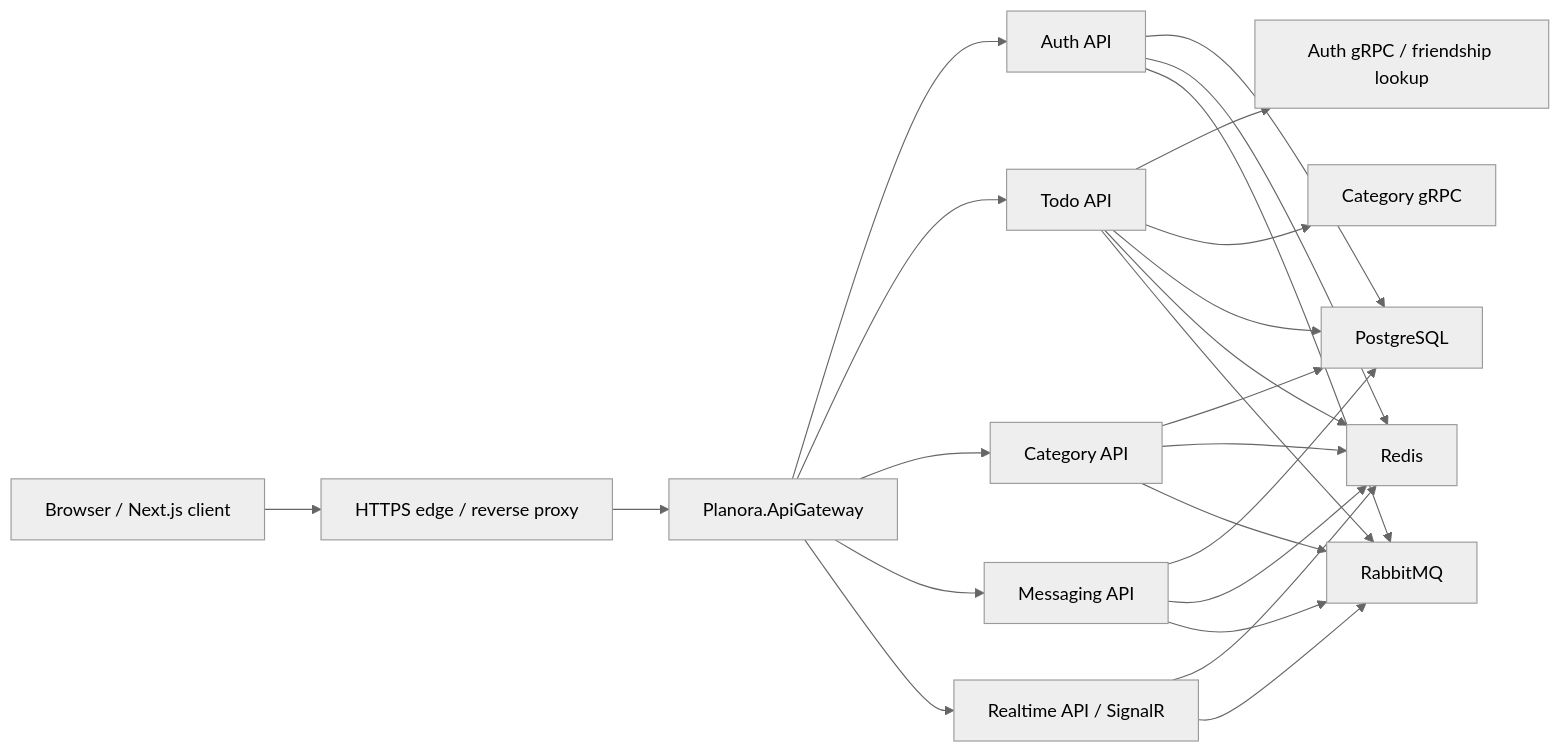
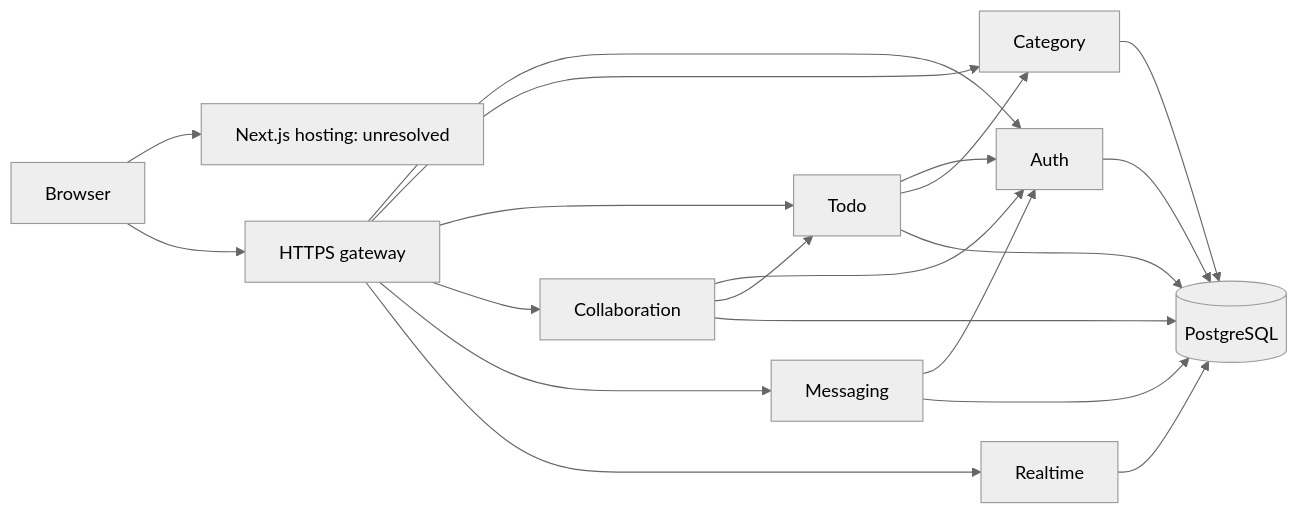
One commit to 4Keyy/Planora changed the diagram in docs/production.md. Above: the diagram before and after it, drawn with Mermaid (neutral theme). The commit also changed other lines of this file and 58 other files, not shown here.

````diff
--- a/docs/production.md
+++ b/docs/production.md
@@ -22,26 +17,22 @@
 ```mermaid
 flowchart LR
-    browser["Browser / Next.js client"] --> tls["HTTPS edge / reverse proxy"]
-    tls --> gateway["Planora.ApiGateway"]
-    gateway --> auth["Auth API"]
-    gateway --> todo["Todo API"]
-    gateway --> category["Category API"]
-    gateway --> messaging["Messaging API"]
-    gateway --> realtime["Realtime API / SignalR"]
-    todo --> authGrpc["Auth gRPC / friendship lookup"]
-    todo --> categoryGrpc["Category gRPC"]
-    auth --> postgres["PostgreSQL"]
-    todo --> postgres
-    category --> postgres
-    messaging --> postgres
-    auth --> redis["Redis"]
-    todo --> redis
-    category --> redis
-    messaging --> redis
-    realtime --> redis
-    auth --> rabbit["RabbitMQ"]
-    todo --> rabbit
-    category --> rabbit
-    messaging --> rabbit
-    realtime --> rabbit
+    browser[Browser] --> frontend[Next.js hosting: unresolved]
+    browser --> gateway[HTTPS gateway]
+    gateway --> auth[Auth]
+    gateway --> category[Category]
+    gateway --> todo[Todo]
+    gateway --> collaboration[Collaboration]
+    gateway --> messaging[Messaging]
+    gateway --> realtime[Realtime]
+    todo --> auth
+    todo --> category
+    collaboration --> auth
+    collaboration --> todo
+    messaging --> auth
+    auth --> pg[(PostgreSQL)]
+    category --> pg
+    todo --> pg
+    collaboration --> pg
+    messaging --> pg
+    realtime --> pg
 ```
````
